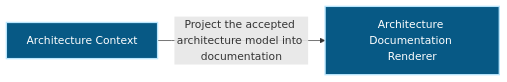
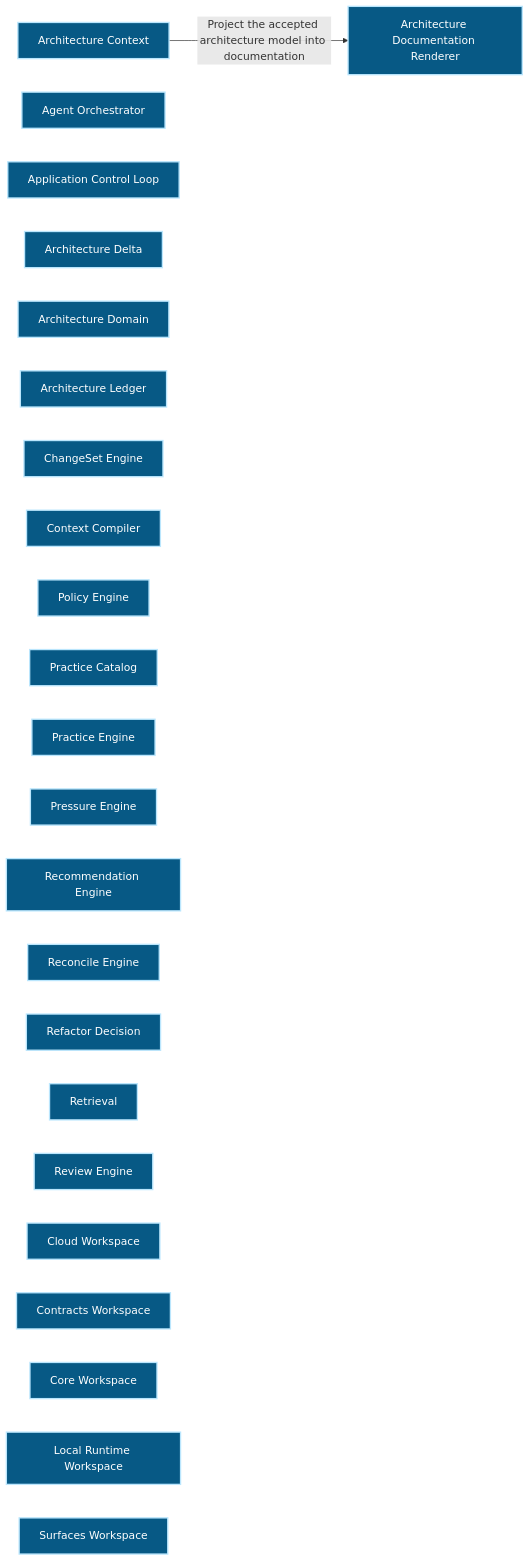
One commit to Ancienttwo/arch-context changed the first of 2 diagrams in docs/architecture/modules/capability-architecture-context.md. Above: the diagram before and after it, drawn with Mermaid. The commit also changed other lines of this file and 56 other files, not shown here.

First line of the commit message:
feat(model): split architecture-context into 5 workspace modules and 16 core components

````diff
--- a/docs/architecture/modules/capability-architecture-context.md
+++ b/docs/architecture/modules/capability-architecture-context.md
@@ -16,10 +16,31 @@
 ```mermaid
 flowchart LR
   p1_capability_architecture_context_19e55d58["Architecture Context"]:::component
+  p1_component_architecture_context_core_agent_orchestrator_dd368317["Agent Orchestrator"]:::component
+  p1_component_architecture_context_core_application_8edab11b["Application Control Loop"]:::component
+  p1_component_architecture_context_core_architecture_delta_4d719c08["Architecture Delta"]:::component
+  p1_component_architecture_context_core_architecture_domain_29cf2d22["Architecture Domain"]:::component
+  p1_component_architecture_context_core_architecture_ledger_248e87de["Architecture Ledger"]:::component
+  p1_component_architecture_context_core_changeset_engine_2bed514f["ChangeSet Engine"]:::component
+  p1_component_architecture_context_core_context_compiler_95b39da0["Context Compiler"]:::component
+  p1_component_architecture_context_core_policy_engine_9bd2938f["Policy Engine"]:::component
+  p1_component_architecture_context_core_practice_catalog_8597299c["Practice Catalog"]:::component
+  p1_component_architecture_context_core_practice_engine_d354078b["Practice Engine"]:::component
+  p1_component_architecture_context_core_pressure_engine_5893cda8["Pressure Engine"]:::component
+  p1_component_architecture_context_core_recommendation_engine_bb326e86["Recommendation Engine"]:::component
+  p1_component_architecture_context_core_reconcile_engine_9ad7a924["Reconcile Engine"]:::component
+  p1_component_architecture_context_core_refactor_decision_d3de1854["Refactor Decision"]:::component
+  p1_component_architecture_context_core_retrieval_3cb3b2c1["Retrieval"]:::component
+  p1_component_architecture_context_core_review_engine_f590debf["Review Engine"]:::component
   p1_component_architecture_context_projection_renderer_53dbb119["Architecture Documentation Renderer"]:::component
+  p1_module_architecture_context_cloud_8901d681["Cloud Workspace"]:::component
+  p1_module_architecture_context_contracts_c9d1ed3f["Contracts Workspace"]:::component
+  p1_module_architecture_context_core_2f786c1e["Core Workspace"]:::component
+  p1_module_architecture_context_local_runtime_d4d4d218["Local Runtime Workspace"]:::component
+  p1_module_architecture_context_surfaces_7bec6277["Surfaces Workspace"]:::component
   p1_capability_architecture_context_19e55d58 -->|"Project the accepted architecture model into documentation"| p1_component_architecture_context_projection_renderer_53dbb119
   classDef actor fill:#111827,color:#ffffff,stroke:#f9fafb,stroke-width:2px
   classDef component fill:#075985,color:#ffffff,stroke:#bae6fd,stroke-width:2px
   classDef datastore fill:#3f6212,color:#ffffff,stroke:#d9f99d,stroke-width:2px
   classDef external fill:#7c2d12,color:#ffffff,stroke:#fed7aa,stroke-width:2px
 ```
````
